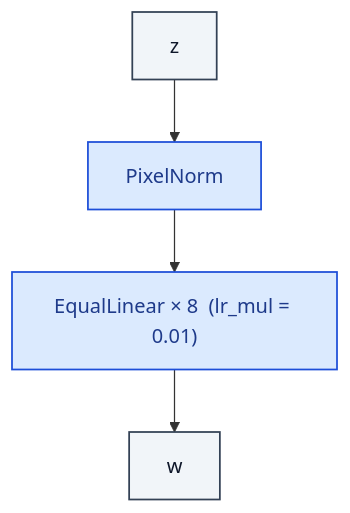
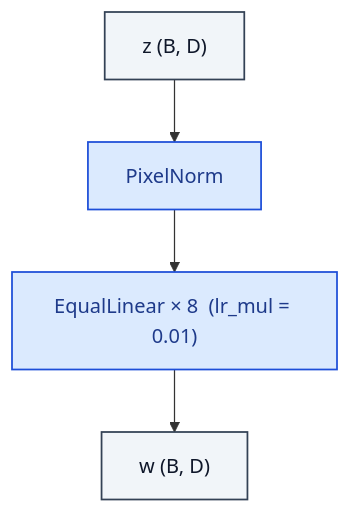
Before and after one commit to RealityShifts/Srivastava-book-of-Blocks-diagrams: the diagram in gan/MappingNetwork.md, drawn with Mermaid. The commit also changed 123 other files, not shown here.

````diff
--- a/gan/MappingNetwork.md
+++ b/gan/MappingNetwork.md
@@ -7,19 +7,20 @@
 ```mermaid
 flowchart TD
-    n0_0["z"]:::io
+    n0_0["z  (B, D)"]:::io
     n1_0["PixelNorm"]:::op
     n2_0["EqualLinear × 8  (lr_mul = 0.01)"]:::op
-    n3_0["w"]:::io
+    n3_0["w  (B, D)"]:::io
     n0_0 --> n1_0
     n1_0 --> n2_0
     n2_0 --> n3_0
     classDef io fill:#f1f5f9,stroke:#334155,stroke-width:1.4px,color:#0f172a
     classDef op fill:#dbeafe,stroke:#1d4ed8,stroke-width:1.4px,color:#1e3a8a
     classDef norm fill:#dcfce7,stroke:#15803d,stroke-width:1.4px,color:#14532d
     classDef act fill:#ffedd5,stroke:#c2410c,stroke-width:1.4px,color:#7c2d12
     classDef attn fill:#ede9fe,stroke:#6d28d9,stroke-width:1.4px,color:#4c1d95
     classDef merge fill:#fef3c7,stroke:#b45309,stroke-width:1.4px,color:#78350f
     classDef emb fill:#fef9c3,stroke:#a16207,stroke-width:1.4px,color:#713f12
     classDef loss fill:#fee2e2,stroke:#b91c1c,stroke-width:1.4px,color:#7f1d1d
     classDef ctrl fill:#f5f5f4,stroke:#52525b,stroke-width:1.4px,color:#27272a
+    classDef ref fill:#e0f2fe,stroke:#0369a1,stroke-width:2px,color:#0c4a6e,stroke-dasharray: 4 2
 ```
````
